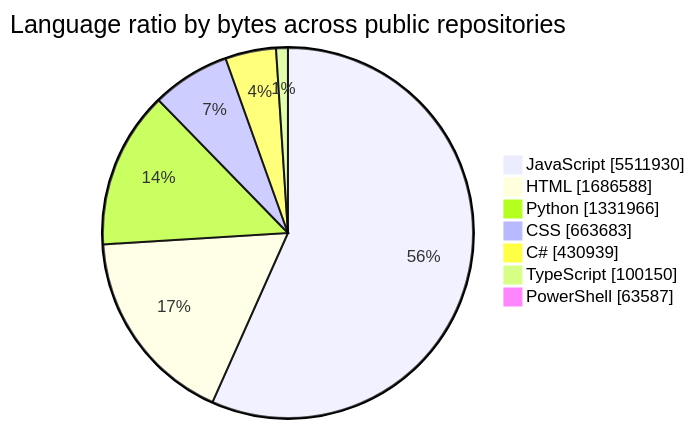
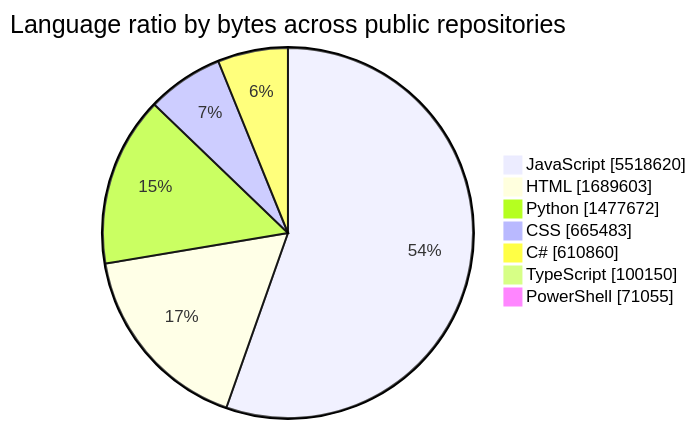
Before and after one commit to tchinso/tchinso: the first of 2 diagrams in README.md, drawn with Mermaid. The commit also changed other lines of this file, not shown here.

````diff
--- a/README.md
+++ b/README.md
@@ -24,11 +24,11 @@
 ```mermaid
 pie showData
     title Language ratio by bytes across public repositories
-    "JavaScript" : 5511930
-    "HTML" : 1686588
-    "Python" : 1331966
-    "CSS" : 663683
-    "C#" : 430939
+    "JavaScript" : 5518620
+    "HTML" : 1689603
+    "Python" : 1477672
+    "CSS" : 665483
+    "C#" : 610860
     "TypeScript" : 100150
-    "PowerShell" : 63587
+    "PowerShell" : 71055
 ```
````
